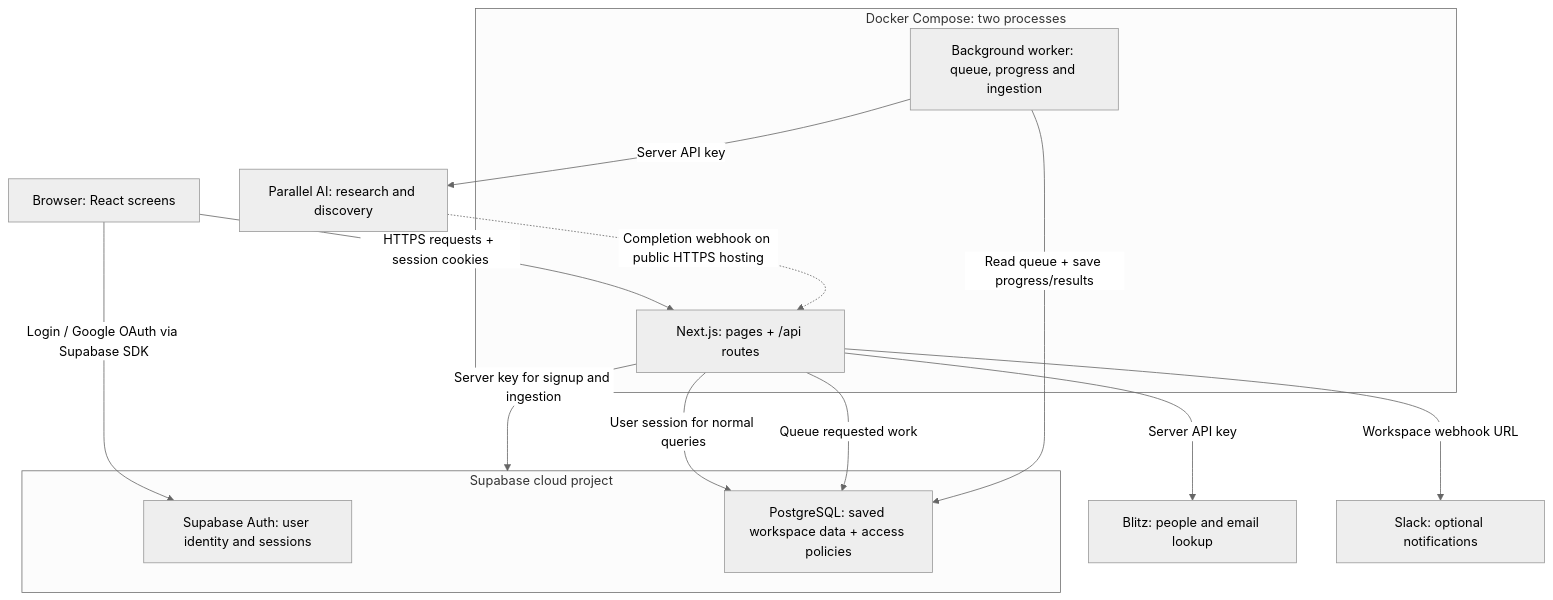
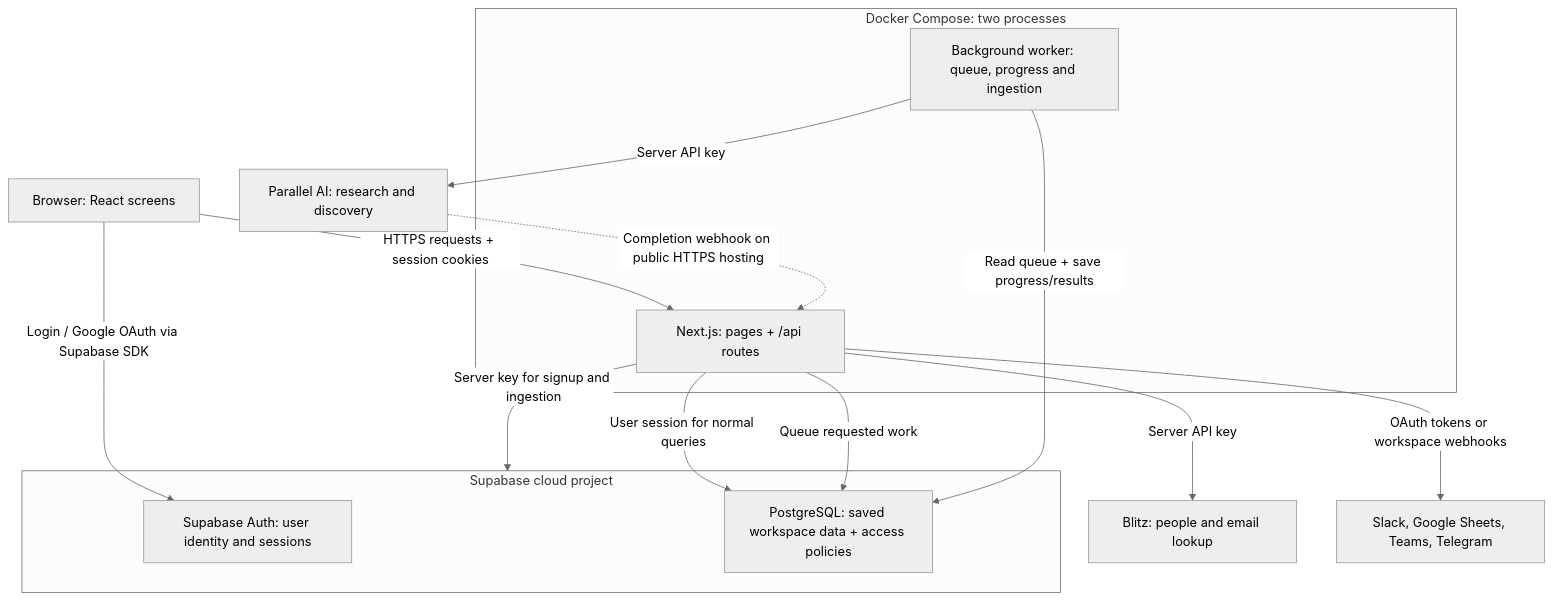
Before and after one commit to Ankit-redstonegtm/hotnow-app: the first of 4 diagrams in ARCHITECTURE.md, drawn with Mermaid (neutral theme). The commit also changed other lines of this file and 46 other files, not shown here.

First line of the commit message:
Add Slack, Sheets, Teams, and Telegram lead delivery

````diff
--- a/ARCHITECTURE.md
+++ b/ARCHITECTURE.md
@@ -12,21 +12,21 @@
 ```mermaid
 flowchart TD
     Browser["Browser: React screens"] -->|"HTTPS requests + session cookies"| App
     Browser -->|"Login / Google OAuth via Supabase SDK"| Auth
     subgraph Container["Docker Compose: two processes"]
       App["Next.js: pages + /api routes"]
       Worker["Background worker: queue, progress and ingestion"]
     end
     subgraph Supabase["Supabase cloud project"]
       Auth["Supabase Auth: user identity and sessions"]
       DB["PostgreSQL: saved workspace data + access policies"]
     end
     App -->|"User session for normal queries"| DB
     App -->|"Server key for signup and ingestion"| Supabase
     App -->|"Queue requested work"| DB
     Worker -->|"Read queue + save progress/results"| DB
     Worker -->|"Server API key"| Parallel["Parallel AI: research and discovery"]
     Parallel -. "Completion webhook on public HTTPS hosting" .-> App
     App -->|"Server API key"| Blitz["Blitz: people and email lookup"]
-    App -->|"Workspace webhook URL"| Slack["Slack: optional notifications"]
+    App -->|"OAuth tokens or workspace webhooks"| Destinations["Slack, Google Sheets, Teams, Telegram"]
 ```
````
